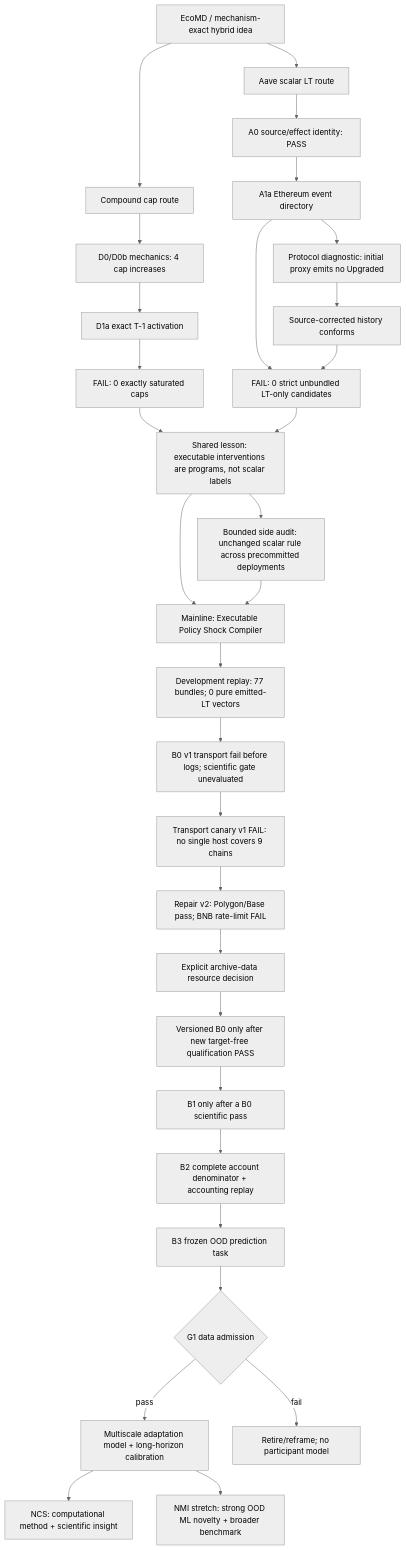
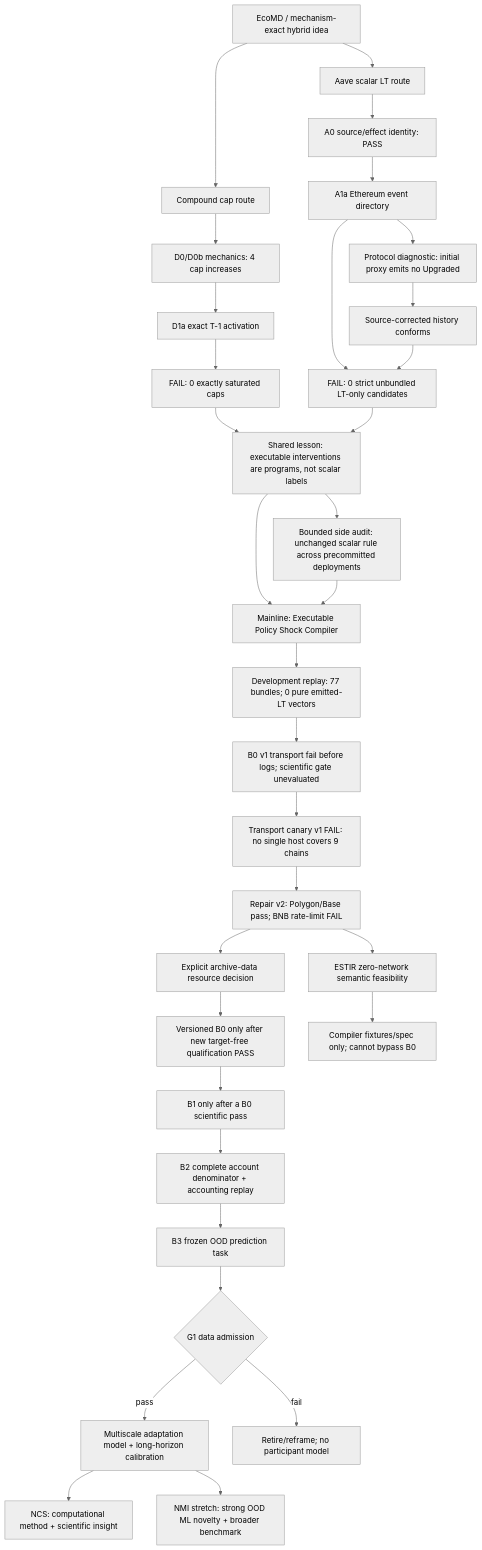
Before and after one commit to howardwang1997/ecophys: the diagram in papers/proposal/v14_policy_shock_research_topology_2026-08-16.md, drawn with Mermaid (neutral theme). The commit also changed other lines of this file and 9 other files, not shown here.

````diff
--- a/papers/proposal/v14_policy_shock_research_topology_2026-08-16.md
+++ b/papers/proposal/v14_policy_shock_research_topology_2026-08-16.md
@@ -6,33 +6,35 @@
 ```mermaid
 flowchart TD
     E[EcoMD / mechanism-exact hybrid idea] --> C[Compound cap route]
     E --> A[Aave scalar LT route]
     C --> C0[D0/D0b mechanics: 4 cap increases]
     C0 --> C1[D1a exact T-1 activation]
     C1 --> CF[FAIL: 0 exactly saturated caps]
     A --> A0[A0 source/effect identity: PASS]
     A0 --> A1[A1a Ethereum event directory]
     A1 --> AF[FAIL: 0 strict unbundled LT-only candidates]
     A1 --> PD[Protocol diagnostic: initial proxy emits no Upgraded]
     PD --> HC[Source-corrected history conforms]
     HC --> AF
     CF --> S[Shared lesson: executable interventions are programs, not scalar labels]
     AF --> S
     S --> V[Mainline: Executable Policy Shock Compiler]
     S --> XS[Bounded side audit: unchanged scalar rule across precommitted deployments]
     XS --> V
     V --> E0[Development replay: 77 bundles; 0 pure emitted-LT vectors]
     E0 --> B0[B0 v1 transport fail before logs; scientific gate unevaluated]
     B0 --> T0[Transport canary v1 FAIL: no single host covers 9 chains]
     T0 --> T1[Repair v2: Polygon/Base pass; BNB rate-limit FAIL]
     T1 --> AR[Explicit archive-data resource decision]
     AR --> B0V2[Versioned B0 only after new target-free qualification PASS]
+    T1 --> IR[ESTIR zero-network semantic feasibility]
+    IR --> IRS[Compiler fixtures/spec only; cannot bypass B0]
     B0V2 --> B1[B1 only after a B0 scientific pass]
     B1 --> B2[B2 complete account denominator + accounting replay]
     B2 --> B3[B3 frozen OOD prediction task]
     B3 --> G1{G1 data admission}
     G1 -->|pass| M[Multiscale adaptation model + long-horizon calibration]
     G1 -->|fail| R[Retire/reframe; no participant model]
     M --> NCS[NCS: computational method + scientific insight]
     M --> NMI[NMI stretch: strong OOD ML novelty + broader benchmark]
 ```
````
